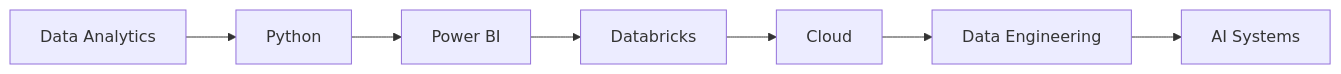
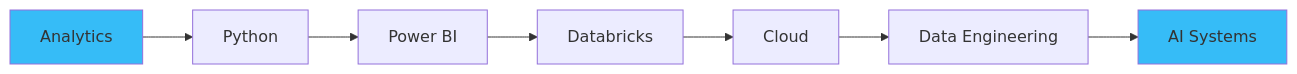
Before and after one commit to dayanand-r/dayanand-r: the diagram in README.md, drawn with Mermaid. The commit also changed other lines of this file, not shown here.

````diff
--- a/README.md
+++ b/README.md
@@ -161,21 +127,24 @@
 ```mermaid
-flowchart LR
+graph LR
 
-A[Data Analytics]
--->B[Python]
+A[Analytics]
+--> B[Python]
 
 B
--->C[Power BI]
+--> C[Power BI]
 
 C
--->D[Databricks]
+--> D[Databricks]
 
 D
--->E[Cloud]
+--> E[Cloud]
 
 E
--->F[Data Engineering]
+--> F[Data Engineering]
 
 F
--->G[AI Systems]
+--> G[AI Systems]
+
+style A fill:#36bcf7
+style G fill:#36bcf7
 ```
````
